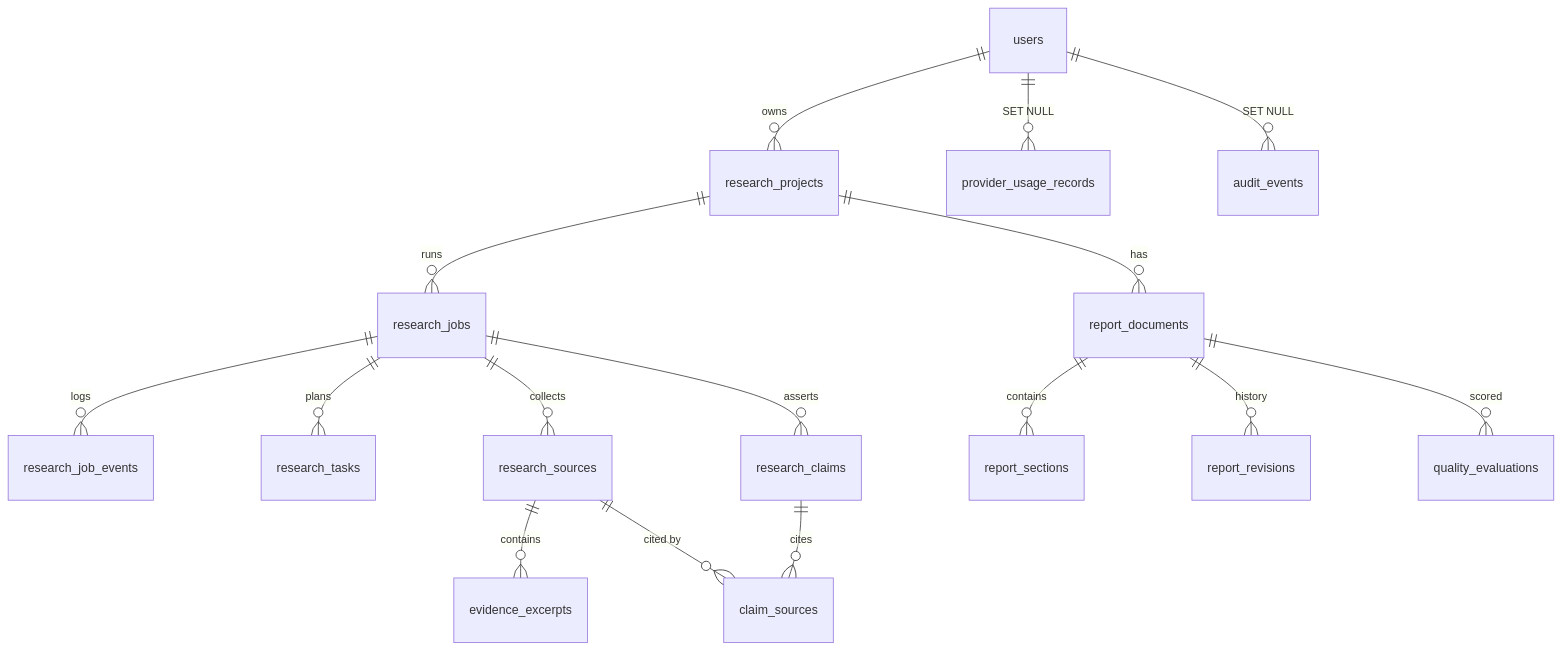
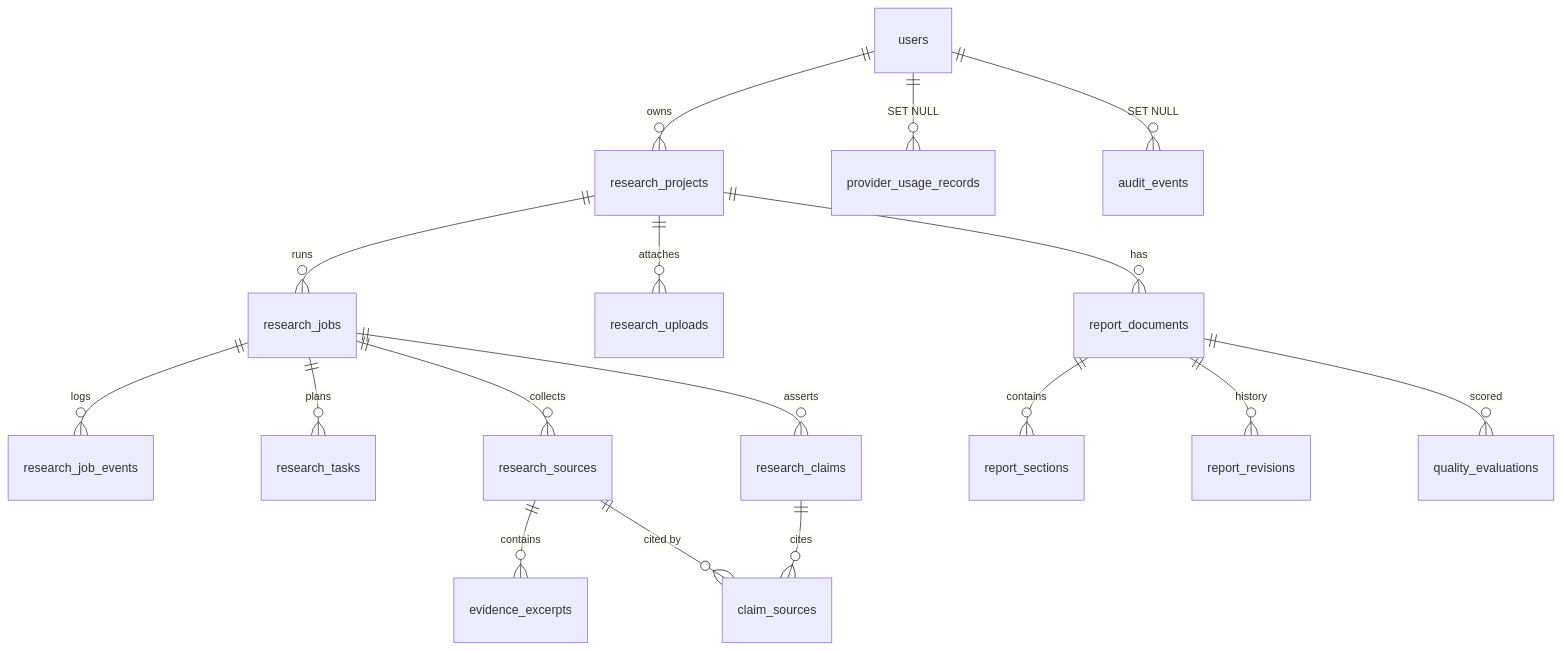
Before and after one commit to abaid6790/ResearchPilot: the diagram in docs/DATABASE_SCHEMA.md, drawn with Mermaid. The commit also changed other lines of this file and 29 other files, not shown here.

````diff
--- a/docs/DATABASE_SCHEMA.md
+++ b/docs/DATABASE_SCHEMA.md
@@ -9,18 +9,19 @@
 ```mermaid
 erDiagram
     users ||--o{ research_projects : owns
     research_projects ||--o{ research_jobs : "runs"
+    research_projects ||--o{ research_uploads : "attaches"
     research_projects ||--o{ report_documents : has
     research_jobs ||--o{ research_job_events : logs
     research_jobs ||--o{ research_tasks : plans
     research_jobs ||--o{ research_sources : collects
     research_sources ||--o{ evidence_excerpts : contains
     research_jobs ||--o{ research_claims : asserts
     research_claims ||--o{ claim_sources : "cites"
     research_sources ||--o{ claim_sources : "cited by"
     report_documents ||--o{ report_sections : contains
     report_documents ||--o{ report_revisions : history
     report_documents ||--o{ quality_evaluations : scored
     users ||--o{ provider_usage_records : "SET NULL"
     users ||--o{ audit_events : "SET NULL"
 ```
````
